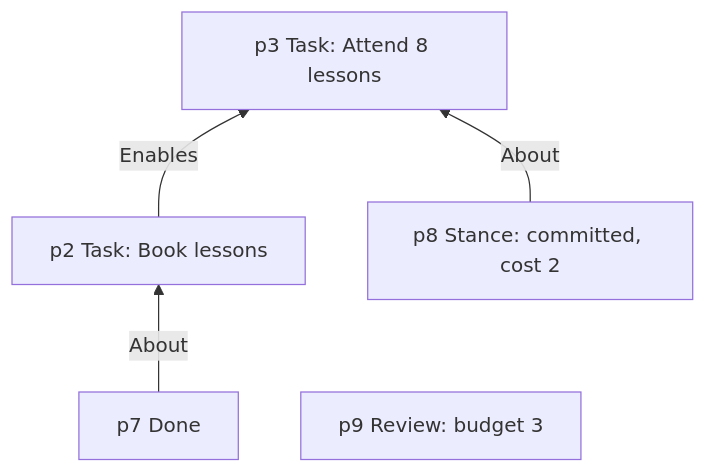
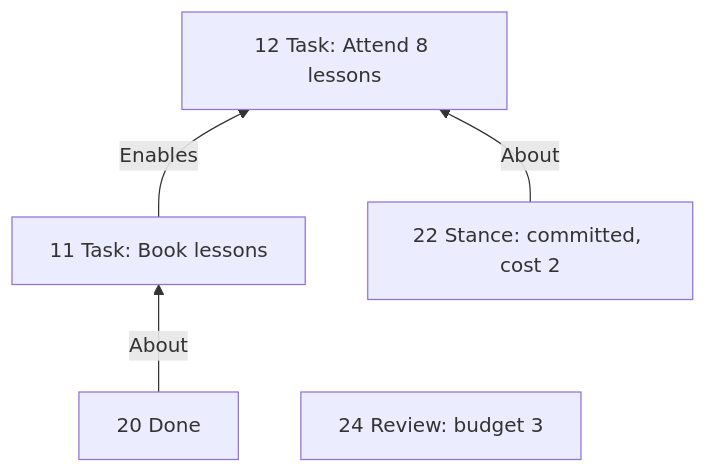
Before and after one commit to RezaOnGithub/lifecore: the second of 12 diagrams in docs/PLANNING-EXPLAINER.md, drawn with Mermaid. The commit also changed other lines of this file and 1 other file, not shown here.

````diff
--- a/docs/PLANNING-EXPLAINER.md
+++ b/docs/PLANNING-EXPLAINER.md
@@ -126,7 +270,7 @@
 ```mermaid
 flowchart BT
-    T1["p2 Task: Book lessons"] -- Enables --> T2["p3 Task: Attend 8 lessons"]
-    D1["p7 Done"] -- About --> T1
-    S3["p8 Stance: committed, cost 2"] -- About --> T2
-    R2["p9 Review: budget 3"]
+    T1["11 Task: Book lessons"] -- Enables --> T2["12 Task: Attend 8 lessons"]
+    D1["20 Done"] -- About --> T1
+    S3["22 Stance: committed, cost 2"] -- About --> T2
+    R2["24 Review: budget 3"]
 ```
````
